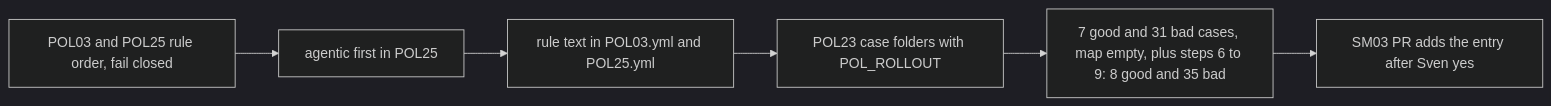
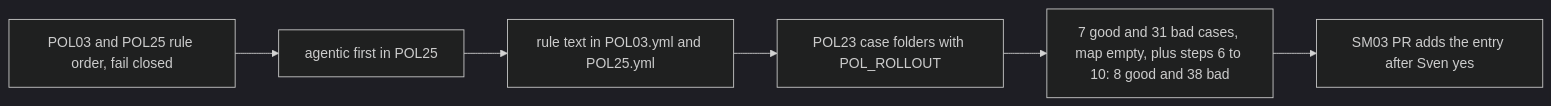
The second of 2 diagrams in docs/pbi/smoke/SM05.md (svennijhuis/agentic-workflows), drawn with Mermaid (dark theme) before and after one commit. The commit also changed other lines of this file and 3 other files, not shown here.

````diff
--- a/docs/pbi/smoke/SM05.md
+++ b/docs/pbi/smoke/SM05.md
@@ -177,8 +179,8 @@
 ```mermaid
 flowchart LR
   S1[POL03 and POL25 rule order, fail closed] --> S2[agentic first in POL25]
   S2 --> S3[rule text in POL03.yml and POL25.yml]
   S3 --> S4[POL23 case folders with POL_ROLLOUT]
-  S4 --> S5[7 good and 31 bad cases, map empty, plus steps 6 to 9: 8 good and 35 bad]
+  S4 --> S5[7 good and 31 bad cases, map empty, plus steps 6 to 10: 8 good and 38 bad]
   S5 --> S6[SM03 PR adds the entry after Sven yes]
 ```
````
